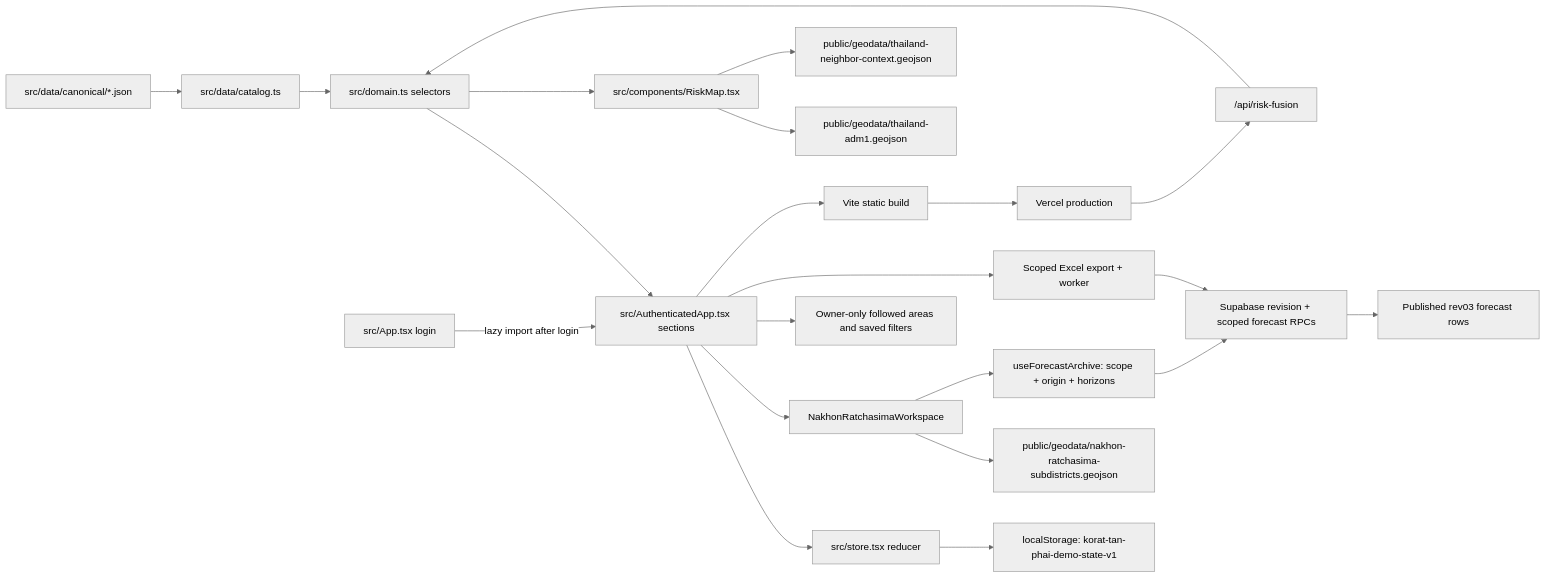
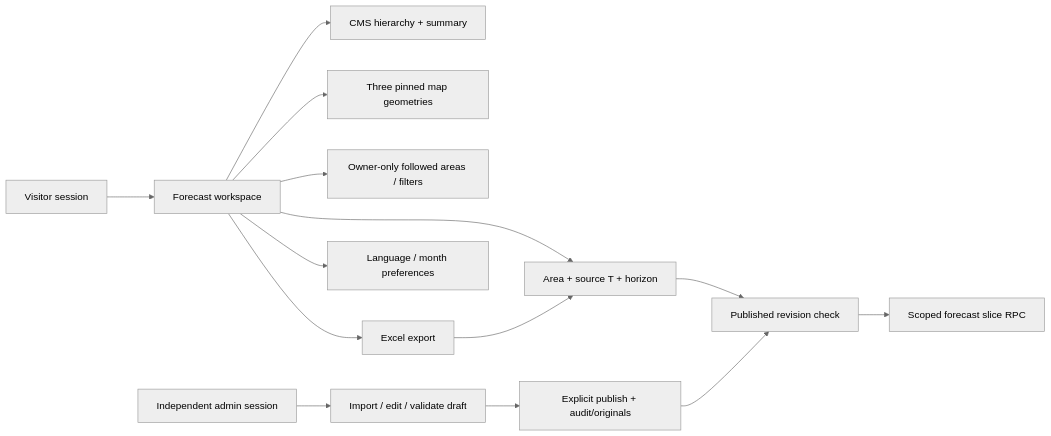
The diagram in PROJECT_MAP.md (purichw/korattanphai), drawn with Mermaid (neutral theme) before and after one commit. The commit also changed other lines of this file and 115 other files, not shown here.

Commit message:
Remove retired demo datasets and retain verified rev03 product data

````diff
--- a/PROJECT_MAP.md
+++ b/PROJECT_MAP.md
@@ -297,24 +111,16 @@
 ```mermaid
 flowchart LR
-  A["src/data/canonical/*.json"] --> B["src/data/catalog.ts"]
-  B --> C["src/domain.ts selectors"]
-  C --> D["src/AuthenticatedApp.tsx sections"]
-  Login["src/App.tsx login"] -->|lazy import after login| D
-  C --> E["src/components/RiskMap.tsx"]
-  D --> F["src/store.tsx reducer"]
-  F --> G["localStorage: korat-tan-phai-demo-state-v1"]
-  E --> H["public/geodata/thailand-adm1.geojson"]
-  E --> K["public/geodata/thailand-neighbor-context.geojson"]
-  D --> M["NakhonRatchasimaWorkspace"]
-  M --> N["public/geodata/nakhon-ratchasima-subdistricts.geojson"]
-  M --> P["useForecastArchive: scope + origin + horizons"]
-  P --> RPC["Supabase revision + scoped forecast RPCs"]
-  RPC --> Rows["Published rev03 forecast rows"]
-  D --> Saved["Owner-only followed areas and saved filters"]
-  D --> Export["Scoped Excel export + worker"]
-  Export --> RPC
-  D --> I["Vite static build"]
-  I --> J["Vercel production"]
-  J --> L["/api/risk-fusion"]
-  L --> C
+  Login["Visitor session"] --> App["Forecast workspace"]
+  App --> Refs["CMS hierarchy + summary"]
+  App --> Map["Three pinned map geometries"]
+  App --> Load["Area + source T + horizon"]
+  Load --> Revision["Published revision check"]
+  Revision --> Slice["Scoped forecast slice RPC"]
+  App --> Saved["Owner-only followed areas / filters"]
+  App --> Export["Excel export"]
+  Export --> Load
+  App --> Prefs["Language / month preferences"]
+  Admin["Independent admin session"] --> Draft["Import / edit / validate draft"]
+  Draft --> Publish["Explicit publish + audit/originals"]
+  Publish --> Revision
 ```
````
